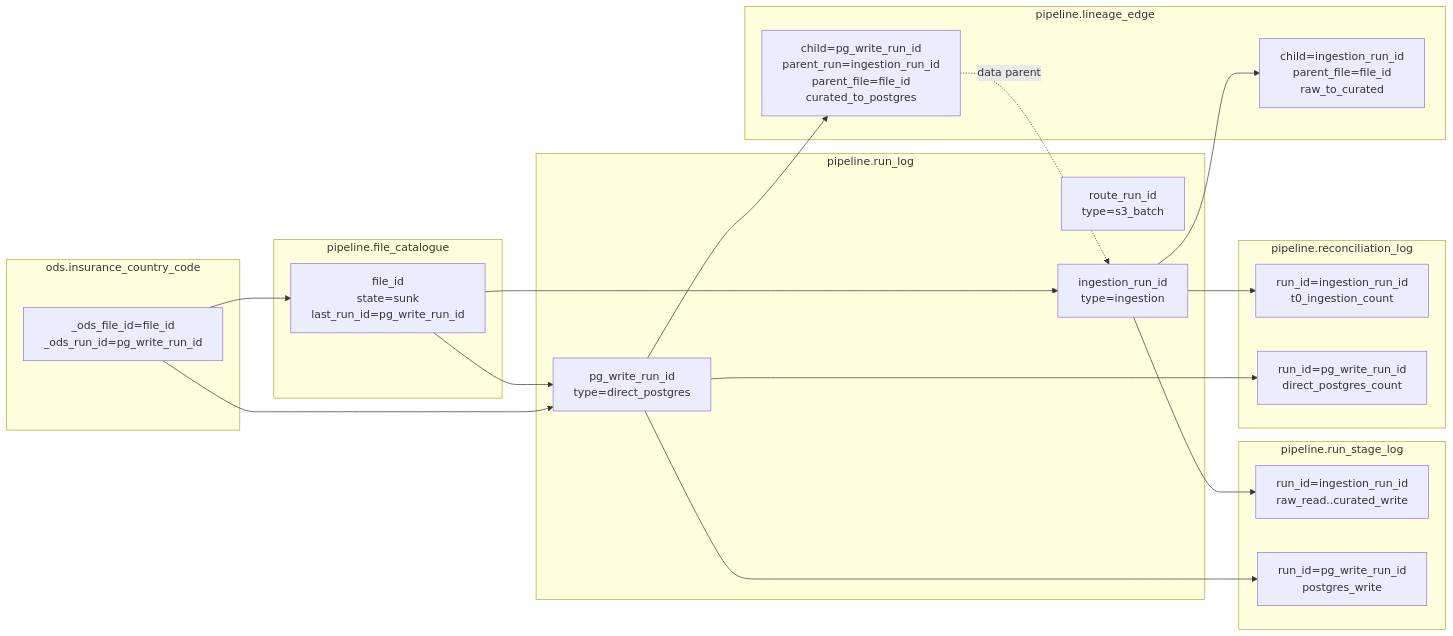
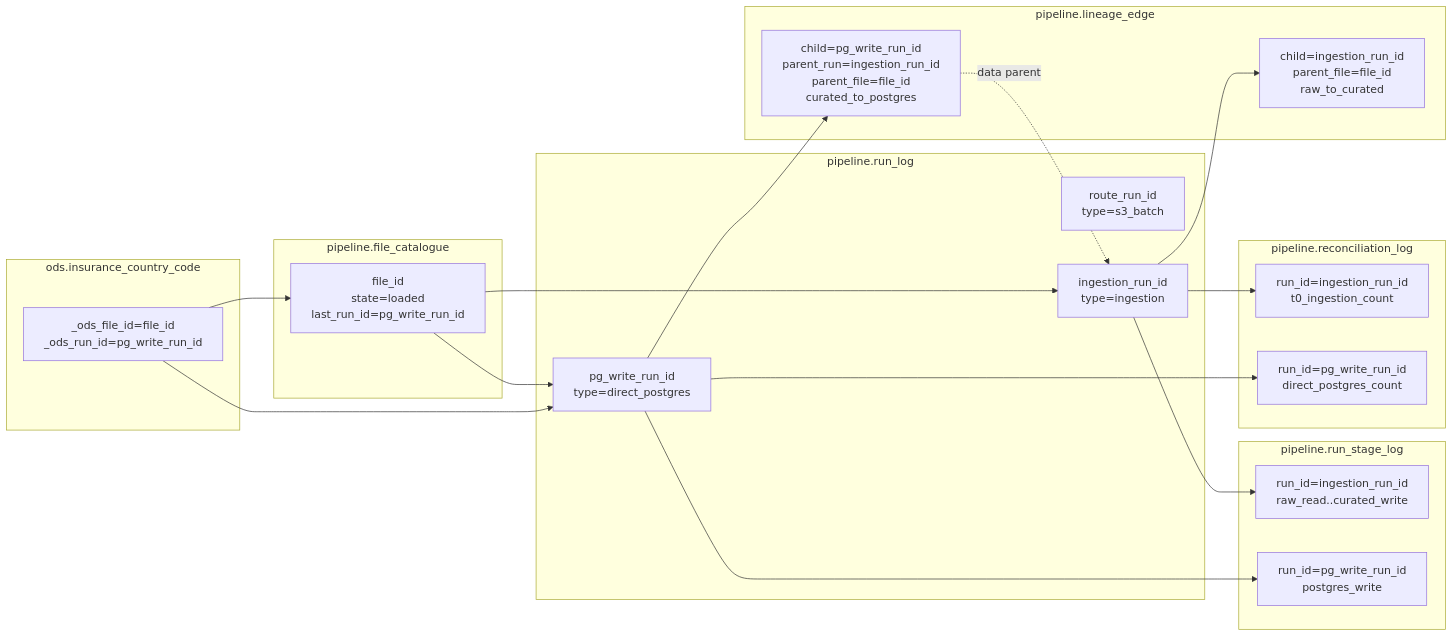
One commit to holdersav20001/ods changed the second of 3 diagrams in docs/dev-guides/direct-postgres-control-tables-developer-guide.md. Above: the diagram before and after it, drawn with Mermaid. The commit also changed other lines of this file and 63 other files, not shown here.

````diff
--- a/docs/dev-guides/direct-postgres-control-tables-developer-guide.md
+++ b/docs/dev-guides/direct-postgres-control-tables-developer-guide.md
@@ -404,33 +404,33 @@
 ```mermaid
 flowchart LR
     subgraph FC["pipeline.file_catalogue"]
-      FC1["file_id<br/>state=sunk<br/>last_run_id=pg_write_run_id"]
+      FC1["file_id<br/>state=loaded<br/>last_run_id=pg_write_run_id"]
     end
     subgraph RL["pipeline.run_log"]
       RL1["route_run_id<br/>type=s3_batch"]
       RL2["ingestion_run_id<br/>type=ingestion"]
       RL3["pg_write_run_id<br/>type=direct_postgres"]
     end
     subgraph RSL["pipeline.run_stage_log"]
       RSL1["run_id=ingestion_run_id<br/>raw_read..curated_write"]
       RSL2["run_id=pg_write_run_id<br/>postgres_write"]
     end
     subgraph LE["pipeline.lineage_edge"]
       LE1["child=ingestion_run_id<br/>parent_file=file_id<br/>raw_to_curated"]
       LE2["child=pg_write_run_id<br/>parent_run=ingestion_run_id<br/>parent_file=file_id<br/>curated_to_postgres"]
     end
     subgraph RC["pipeline.reconciliation_log"]
       RC1["run_id=ingestion_run_id<br/>t0_ingestion_count"]
       RC2["run_id=pg_write_run_id<br/>direct_postgres_count"]
     end
     subgraph TGT["ods.insurance_country_code"]
       TGT1["_ods_file_id=file_id<br/>_ods_run_id=pg_write_run_id"]
     end
 
     FC1 --> RL2 & RL3
     RL2 --> RSL1 & LE1 & RC1
     RL3 --> RSL2 & LE2 & RC2
     LE2 -. data parent .-> RL2
     TGT1 --> FC1
     TGT1 --> RL3
 ```
````
